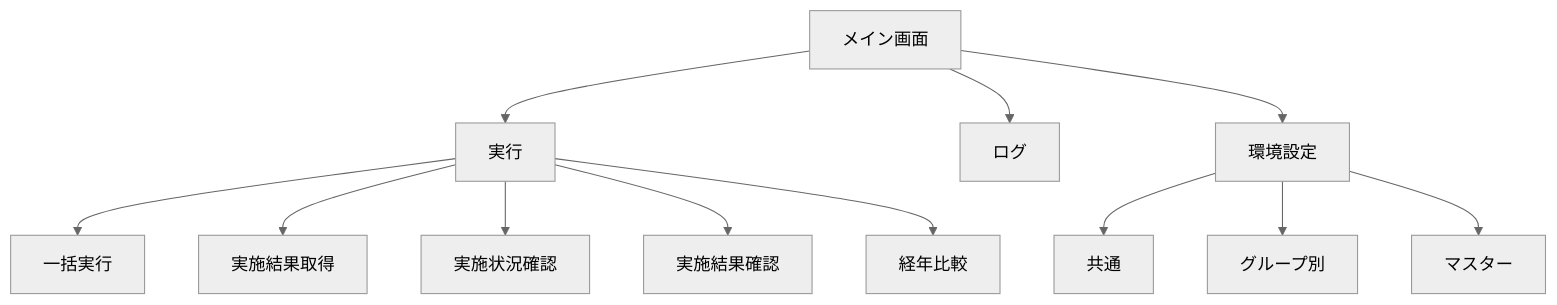
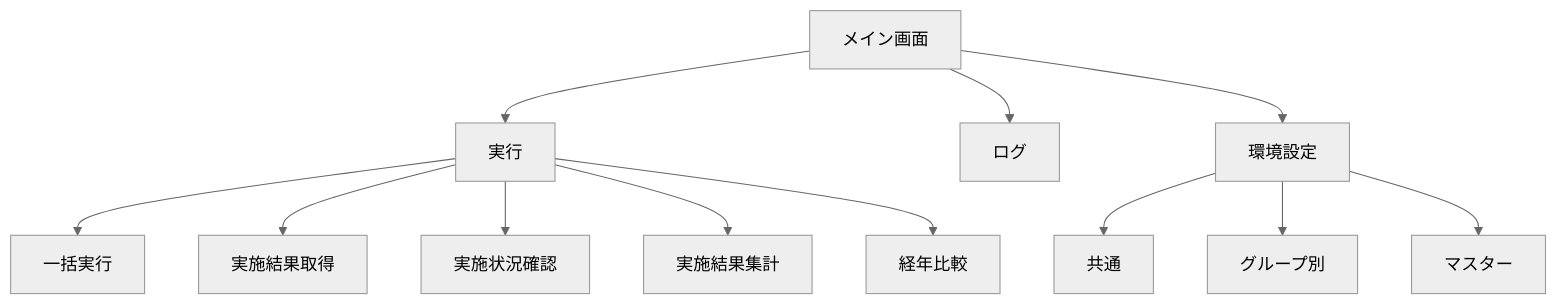
Before and after one commit to nishida2073/project_management: the diagram in tool/track-aggregator/doc/02_設計/画面設計.md, drawn with Mermaid (neutral theme). The commit also changed other lines of this file and 15 other files, not shown here.

````diff
--- a/tool/track-aggregator/doc/02_設計/画面設計.md
+++ b/tool/track-aggregator/doc/02_設計/画面設計.md
@@ -23,15 +23,15 @@
 ```mermaid
 flowchart TD
     A["メイン画面"]
     A --> B["実行"]
     A --> C["ログ"]
     A --> D["環境設定"]
     B --> B1["一括実行"]
     B --> B2["実施結果取得"]
     B --> B3["実施状況確認"]
-    B --> B4["実施結果確認"]
+    B --> B4["実施結果集計"]
     B --> B5["経年比較"]
     D --> D1["共通"]
     D --> D2["グループ別"]
     D --> D3["マスター"]
 ```
````
